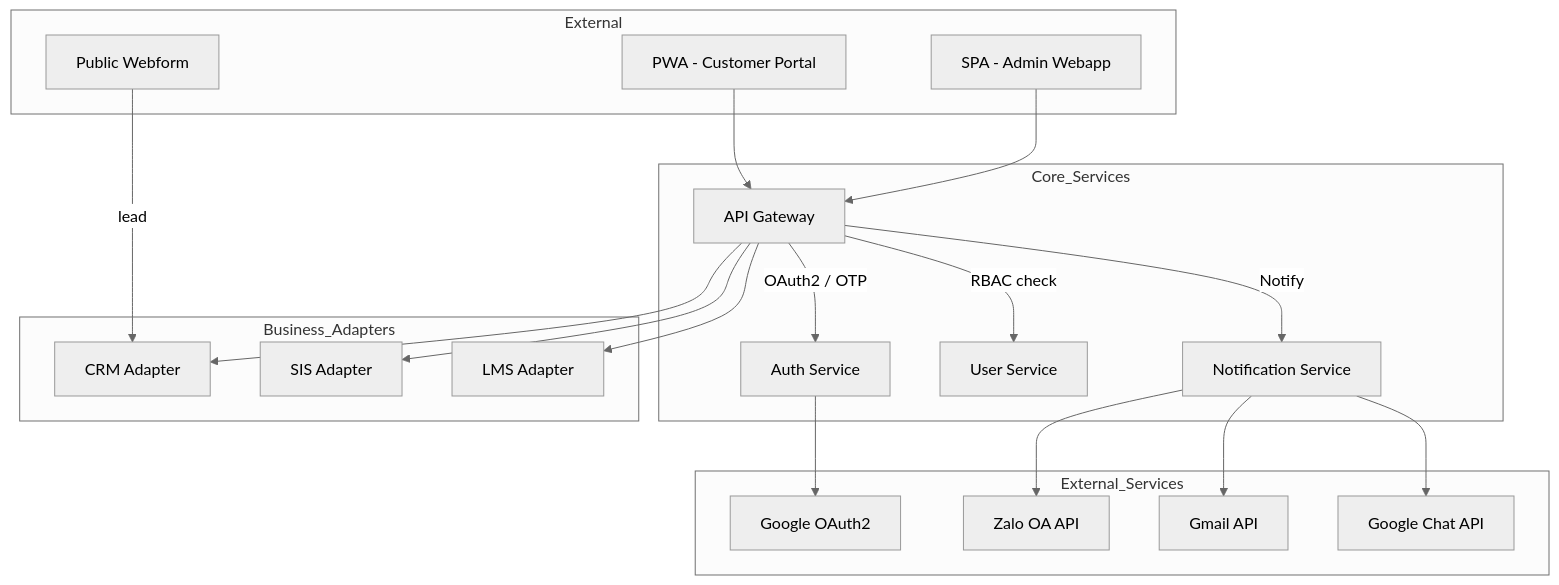
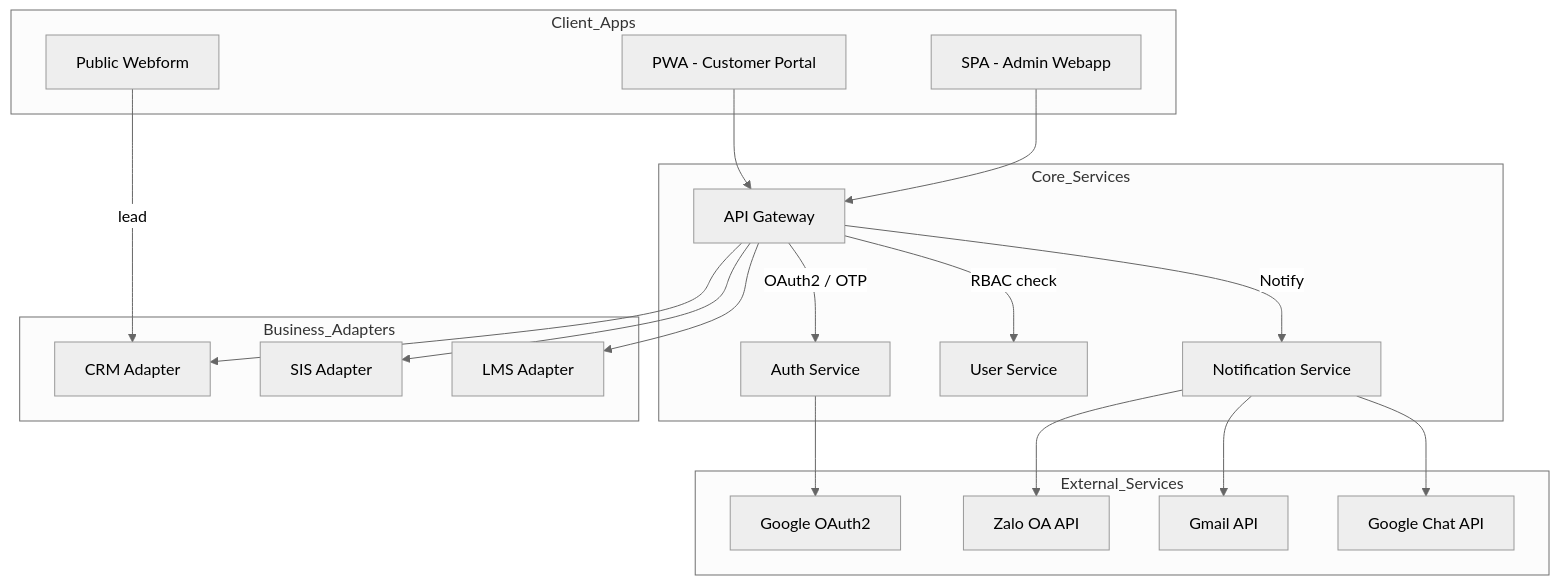
The diagram in docs/architecture/system-diagrams.md (rockymountain/dx-vas), drawn with Mermaid (neutral theme) before and after one commit. The commit also changed other lines of this file, not shown here.

````diff
--- a/docs/architecture/system-diagrams.md
+++ b/docs/architecture/system-diagrams.md
@@ -13,44 +13,45 @@
 ```mermaid
 flowchart TD
-  subgraph External
+  subgraph Client_Apps
     Webform[Public Webform]
     Parent[PWA - Customer Portal]
     Staff[SPA - Admin Webapp]
   end
 
   subgraph Core_Services
     Gateway[API Gateway]
     Auth[Auth Service]
     User[User Service]
     Noti[Notification Service]
   end
 
   subgraph Business_Adapters
     CRM[CRM Adapter]
     SIS[SIS Adapter]
     LMS[LMS Adapter]
   end
 
   subgraph External_Services
     GSuite[Google OAuth2]
     Zalo[Zalo OA API]
     Gmail[Gmail API]
     Chat[Google Chat API]
   end
 
   Webform -->|lead| CRM
   Parent --> Gateway
   Staff --> Gateway
 
   Gateway -->|OAuth2 / OTP| Auth
   Gateway -->|RBAC check| User
   Gateway -->|Notify| Noti
   Gateway --> CRM
   Gateway --> SIS
   Gateway --> LMS
 
   Noti --> Zalo
   Noti --> Gmail
   Noti --> Chat
   Auth --> GSuite
+
 ```
````
